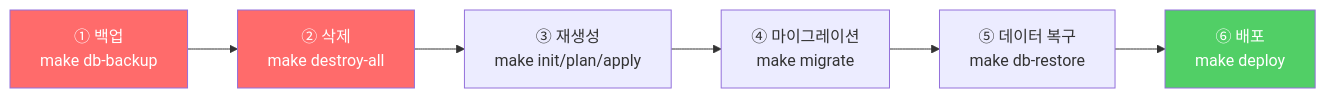
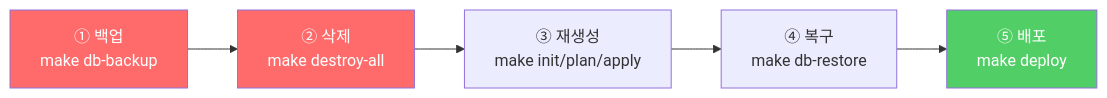
The sixth of 8 diagrams in README.md (deuxksy/PushOver), drawn with Mermaid before and after one commit. The commit also changed other lines of this file, not shown here.

Commit message:
docs: 복구 절차 간소화 — 마이그레이션 단계 제거
SQL dump에 스키마+데이터가 모두 포함되므로
복구 후 마이그레이션 불필요. 6단계 → 5단계로 축소

````diff
--- a/README.md
+++ b/README.md
@@ -195,12 +195,11 @@
 ```mermaid
 flowchart LR
     A[① 백업<br/>make db-backup] --> B[② 삭제<br/>make destroy-all]
     B --> C[③ 재생성<br/>make init/plan/apply]
-    C --> D[④ 마이그레이션<br/>make migrate]
-    D --> E[⑤ 데이터 복구<br/>make db-restore]
-    E --> F[⑥ 배포<br/>make deploy]
+    C --> D[④ 복구<br/>make db-restore]
+    D --> E[⑤ 배포<br/>make deploy]
 
     style A fill:#ff6b6b,color:#fff
     style B fill:#ff6b6b,color:#fff
-    style F fill:#51cf66,color:#fff
+    style E fill:#51cf66,color:#fff
 ```
````
